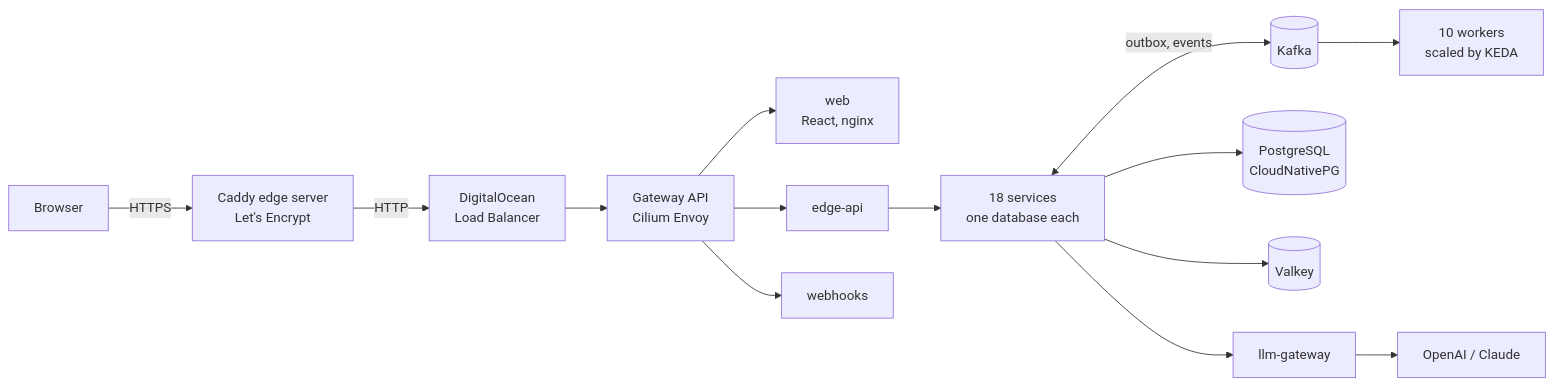
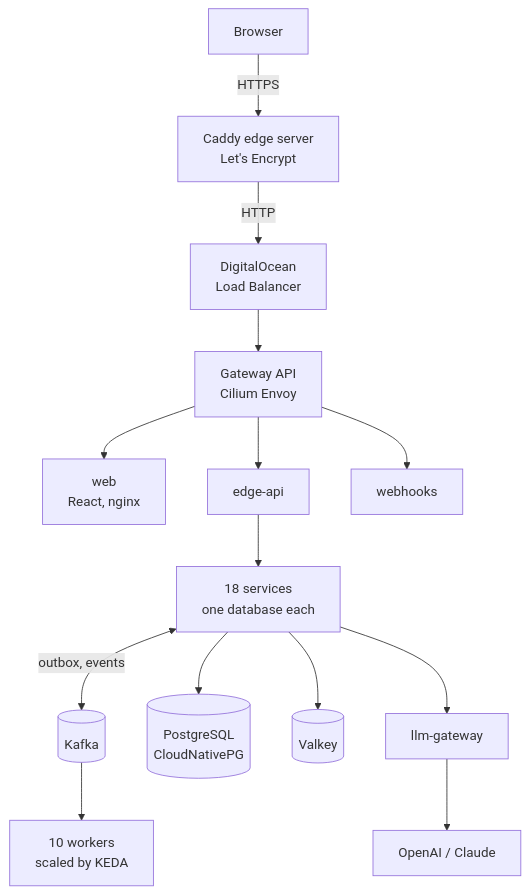
Before and after one commit to awzwz/burnrate: the diagram in README.md, drawn with Mermaid.

Commit message:
README: vertical architecture diagram

````diff
--- a/README.md
+++ b/README.md
@@ -71,15 +71,15 @@
 ```mermaid
-flowchart LR
+flowchart TB
     B[Browser] -->|HTTPS| C[Caddy edge server<br/>Let's Encrypt]
     C -->|HTTP| LB[DigitalOcean<br/>Load Balancer]
     LB --> G[Gateway API<br/>Cilium Envoy]
     G --> WEB[web<br/>React, nginx]
     G --> EDGE[edge-api]
     G --> HOOK[webhooks]
     EDGE --> SVC[18 services<br/>one database each]
     SVC <-->|outbox, events| K[(Kafka)]
     K --> WK[10 workers<br/>scaled by KEDA]
     SVC --> PG[(PostgreSQL<br/>CloudNativePG)]
     SVC --> VK[(Valkey)]
     SVC --> LLM[llm-gateway] --> AI[OpenAI / Claude]
 ```
````
